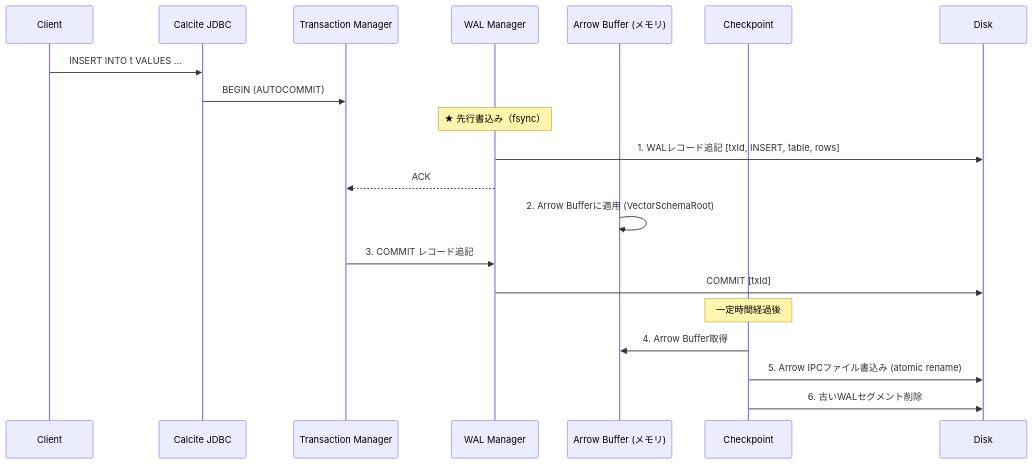
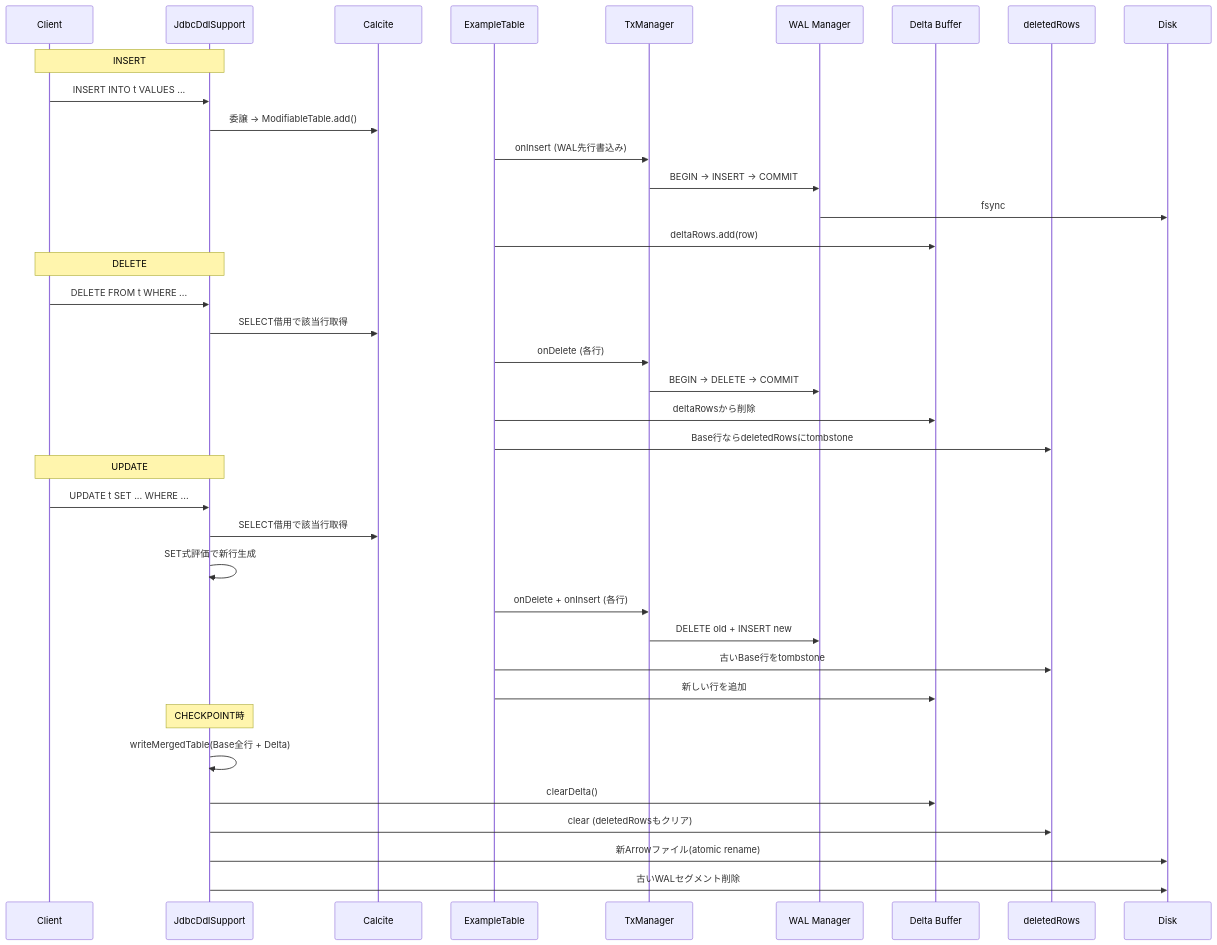
Before and after one commit to n-noguchi/example-rdb: the third of 9 diagrams in docs/DESIGN.md, drawn with Mermaid. The commit also changed other lines of this file and 13 other files, not shown here.

````diff
--- a/docs/DESIGN.md
+++ b/docs/DESIGN.md
@@ -115,27 +117,44 @@
 ```mermaid
 sequenceDiagram
     participant Client
-    participant Calcite as Calcite JDBC
-    participant TxMgr as Transaction Manager
+    participant DdlProxy as JdbcDdlSupport
+    participant Calcite as Calcite
+    participant Table as ExampleTable
+    participant TxMgr as TxManager
     participant WAL as WAL Manager
-    participant Mem as Arrow Buffer (メモリ)
-    participant CKPT as Checkpoint
+    participant Delta as Delta Buffer
+    participant Deleted as deletedRows
     participant Disk as Disk
 
-    Client->>Calcite: INSERT INTO t VALUES ...
-    Calcite->>TxMgr: BEGIN (AUTOCOMMIT)
+    Note over Client,DdlProxy: INSERT
+    Client->>DdlProxy: INSERT INTO t VALUES ...
+    DdlProxy->>Calcite: 委譲 → ModifiableTable.add()
+    Table->>TxMgr: onInsert (WAL先行書込み)
+    TxMgr->>WAL: BEGIN → INSERT → COMMIT
+    WAL->>Disk: fsync
+    Table->>Delta: deltaRows.add(row)
 
-    Note over WAL: ★ 先行書込み（fsync）
-    WAL->>Disk: 1. WALレコード追記 [txId, INSERT, table, rows]
-    WAL-->>TxMgr: ACK
+    Note over Client,DdlProxy: DELETE
+    Client->>DdlProxy: DELETE FROM t WHERE ...
+    DdlProxy->>Calcite: SELECT借用で該当行取得
+    Table->>TxMgr: onDelete (各行)
+    TxMgr->>WAL: BEGIN → DELETE → COMMIT
+    Table->>Delta: deltaRowsから削除
+    Table->>Deleted: Base行ならdeletedRowsにtombstone
 
-    Mem->>Mem: 2. Arrow Bufferに適用 (VectorSchemaRoot)
+    Note over Client,DdlProxy: UPDATE
+    Client->>DdlProxy: UPDATE t SET ... WHERE ...
+    DdlProxy->>Calcite: SELECT借用で該当行取得
+    DdlProxy->>DdlProxy: SET式評価で新行生成
+    Table->>TxMgr: onDelete + onInsert (各行)
+    TxMgr->>WAL: DELETE old + INSERT new
+    Table->>Deleted: 古いBase行をtombstone
+    Table->>Delta: 新しい行を追加
 
-    TxMgr->>WAL: 3. COMMIT レコード追記
-    WAL->>Disk: COMMIT [txId]
-
-    Note over CKPT: 一定時間経過後
-    CKPT->>Mem: 4. Arrow Buffer取得
-    CKPT->>Disk: 5. Arrow IPCファイル書込み (atomic rename)
-    CKPT->>Disk: 6. 古いWALセグメント削除
+    Note over DdlProxy: CHECKPOINT時
+    DdlProxy->>DdlProxy: writeMergedTable(Base全行 + Delta)
+    DdlProxy->>Delta: clearDelta()
+    DdlProxy->>Deleted: clear (deletedRowsもクリア)
+    DdlProxy->>Disk: 新Arrowファイル(atomic rename)
+    DdlProxy->>Disk: 古いWALセグメント削除
 ```
````
